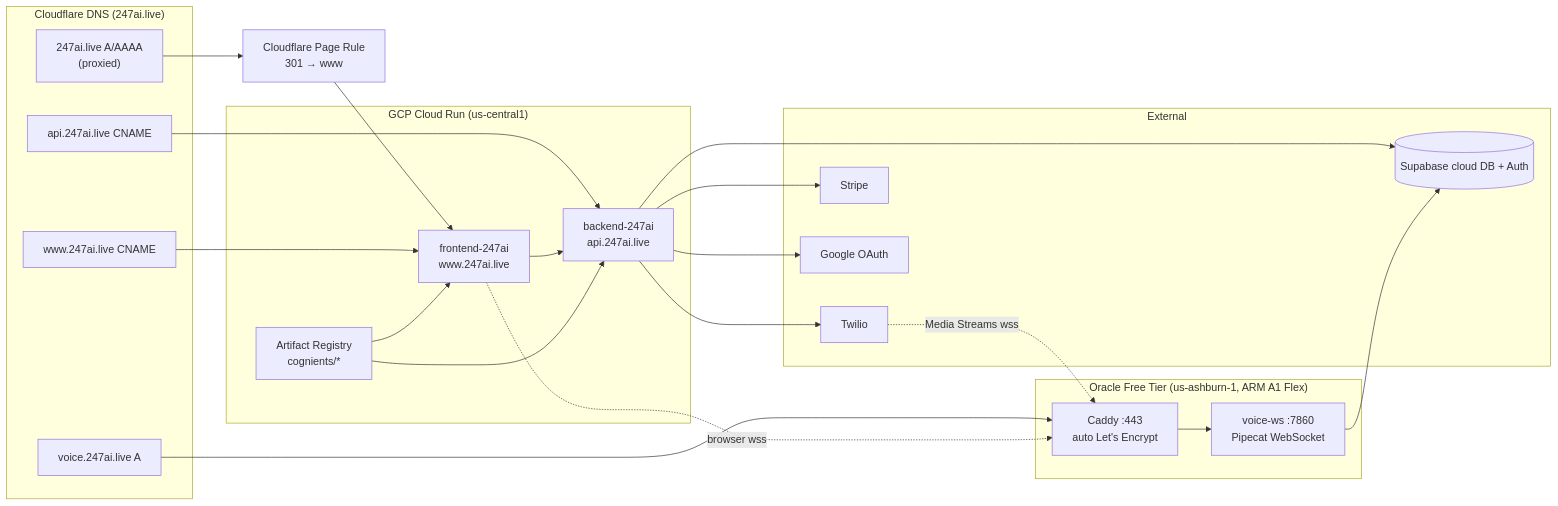
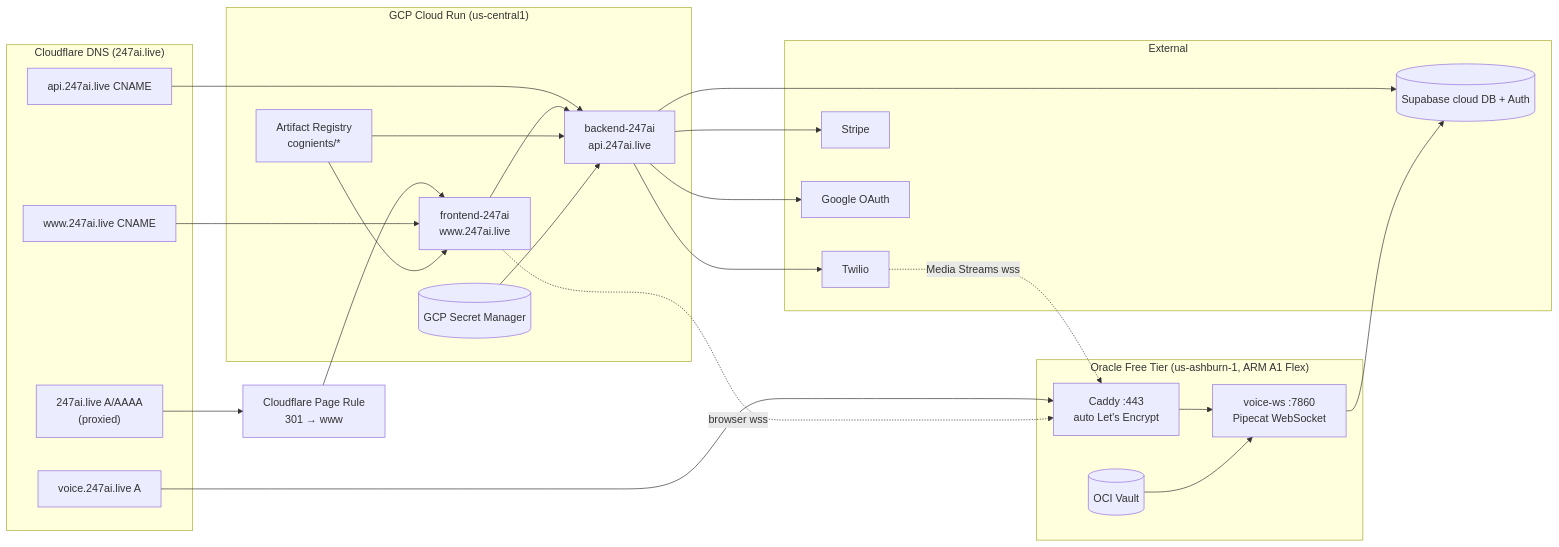
Before and after one commit to gauravdhiman/a1-voice-agent-platform: the diagram in docs/05_operations/deployment/runbook.md, drawn with Mermaid. The commit also changed other lines of this file and 70 other files, not shown here.

````diff
--- a/docs/05_operations/deployment/runbook.md
+++ b/docs/05_operations/deployment/runbook.md
@@ -7,40 +7,44 @@
 ```mermaid
 flowchart LR
     subgraph Cloudflare["Cloudflare DNS (247ai.live)"]
         DNSapex["247ai.live A/AAAA<br/>(proxied)"]
         DNSwww["www.247ai.live CNAME"]
         DNSapi["api.247ai.live CNAME"]
         DNSvoice["voice.247ai.live A"]
     end
     subgraph GCP["GCP Cloud Run (us-central1)"]
         FE["frontend-247ai<br/>www.247ai.live"]
         BE["backend-247ai<br/>api.247ai.live"]
         AR[Artifact Registry<br/>cognients/*]
+        GSM[(GCP Secret Manager)]
     end
     subgraph OCI["Oracle Free Tier (us-ashburn-1, ARM A1 Flex)"]
         CADDY[Caddy :443<br/>auto Let's Encrypt]
         VW[voice-ws :7860<br/>Pipecat WebSocket]
+        OSM[(OCI Vault)]
     end
     subgraph External
         SB[(Supabase cloud DB + Auth)]
         TW[Twilio]
         ST[Stripe]
         GOOG[Google OAuth]
     end
     DNSapex --> EdgeRedirect["Cloudflare Page Rule<br/>301 → www"]
     EdgeRedirect --> FE
     DNSwww --> FE
     DNSapi --> BE
     DNSvoice --> CADDY
     FE --> BE
     BE --> SB
     BE --> TW
     BE --> ST
     BE --> GOOG
     FE -.browser wss.-> CADDY
     TW -.Media Streams wss.-> CADDY
     CADDY --> VW
     VW --> SB
     AR --> FE
     AR --> BE
+    GSM --> BE
+    OSM --> VW
 ```
````
